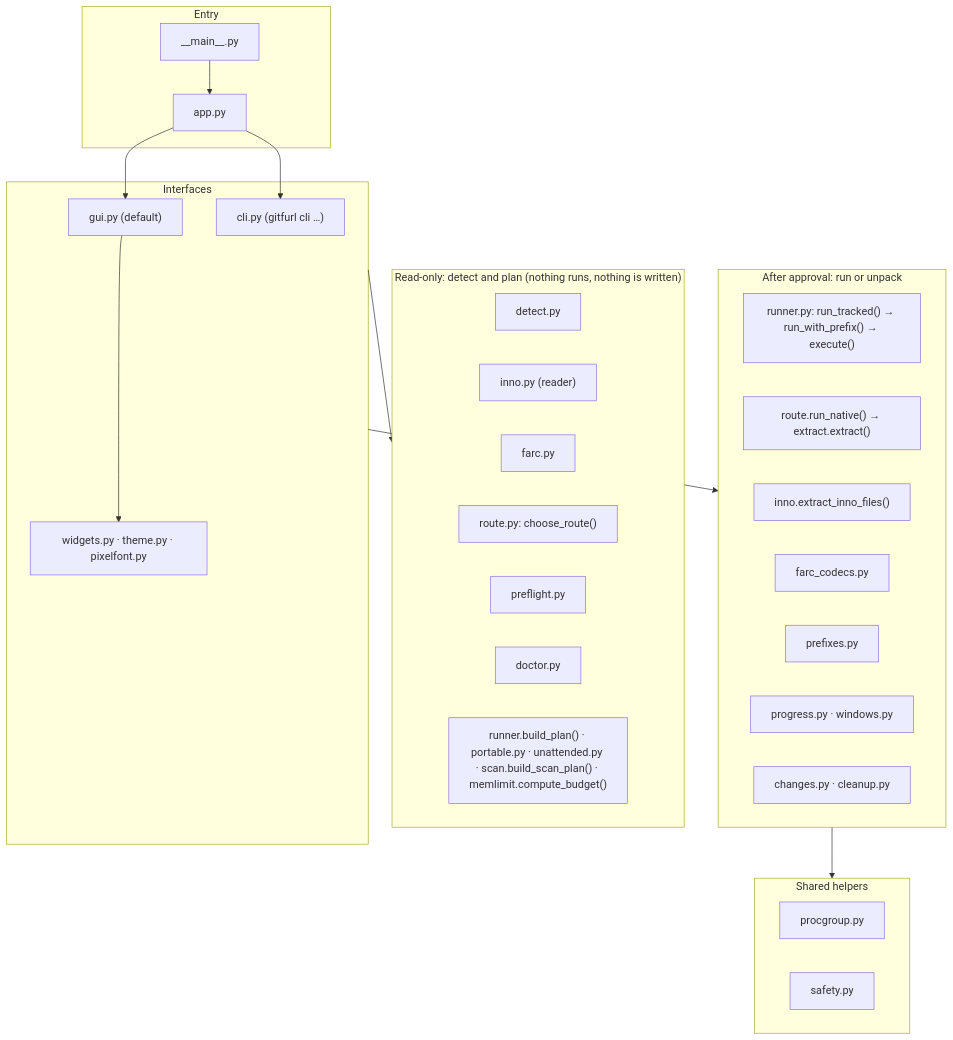
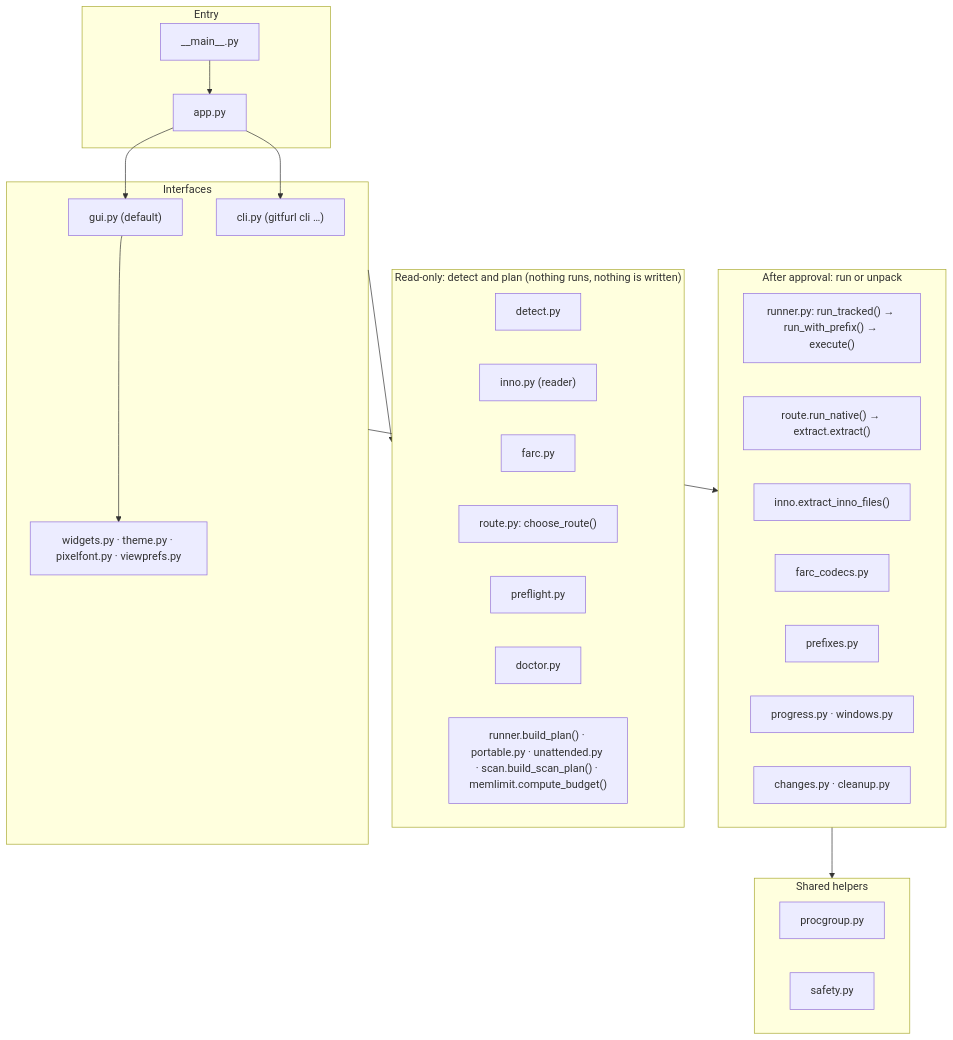
Before and after one commit to undecuple/gitfurl: the first of 6 diagrams in docs/code-map.md, drawn with Mermaid. The commit also changed other lines of this file and 9 other files, not shown here.

````diff
--- a/docs/code-map.md
+++ b/docs/code-map.md
@@ -9,38 +9,38 @@
 ```mermaid
 flowchart TB
   subgraph entry["Entry"]
     main["__main__.py"] --> app["app.py"]
   end
   subgraph ui["Interfaces"]
     gui["gui.py (default)"]
     cli["cli.py (gitfurl cli …)"]
-    widgets["widgets.py · theme.py · pixelfont.py"]
+    widgets["widgets.py · theme.py · pixelfont.py · viewprefs.py"]
   end
   subgraph plan["Read-only: detect and plan (nothing runs, nothing is written)"]
     detect["detect.py"]
     inno["inno.py (reader)"]
     farc["farc.py"]
     route["route.py: choose_route()"]
     preflight["preflight.py"]
     doctor["doctor.py"]
     builders["runner.build_plan() · portable.py · unattended.py · scan.build_scan_plan() · memlimit.compute_budget()"]
   end
   subgraph run["After approval: run or unpack"]
     runner["runner.py: run_tracked() → run_with_prefix() → execute()"]
     native["route.run_native() → extract.extract()"]
     innox["inno.extract_inno_files()"]
     codecs["farc_codecs.py"]
     prefixes["prefixes.py"]
     progress["progress.py · windows.py"]
     changes["changes.py · cleanup.py"]
   end
   subgraph shared["Shared helpers"]
     procgroup["procgroup.py"]
     safety["safety.py"]
   end
   app --> gui & cli
   gui --> widgets
   ui --> plan
   ui --> run
   run --> shared
 ```
````
